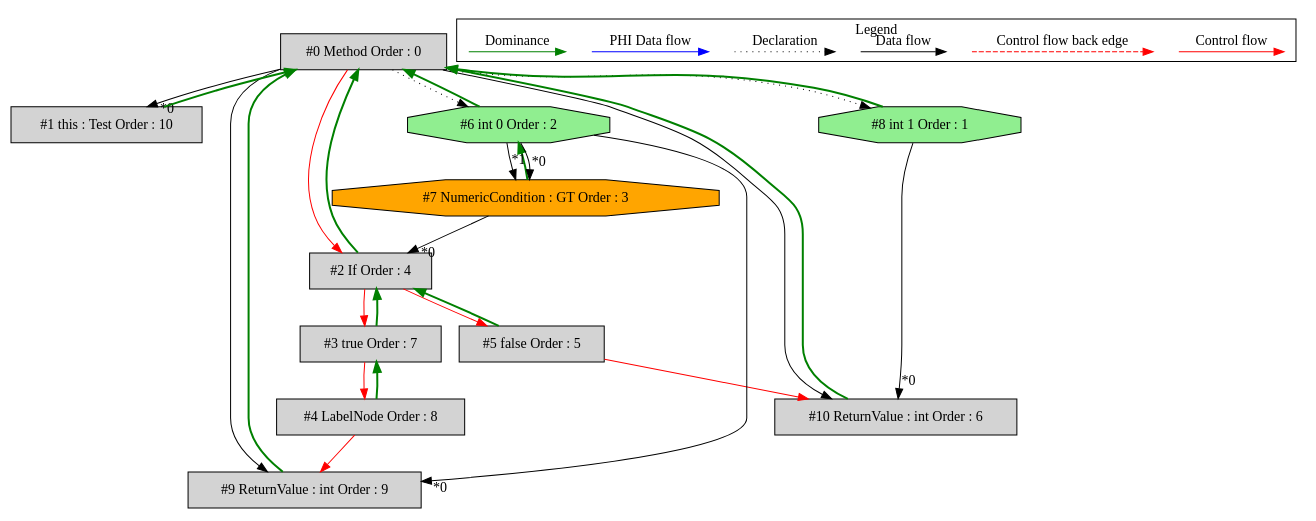
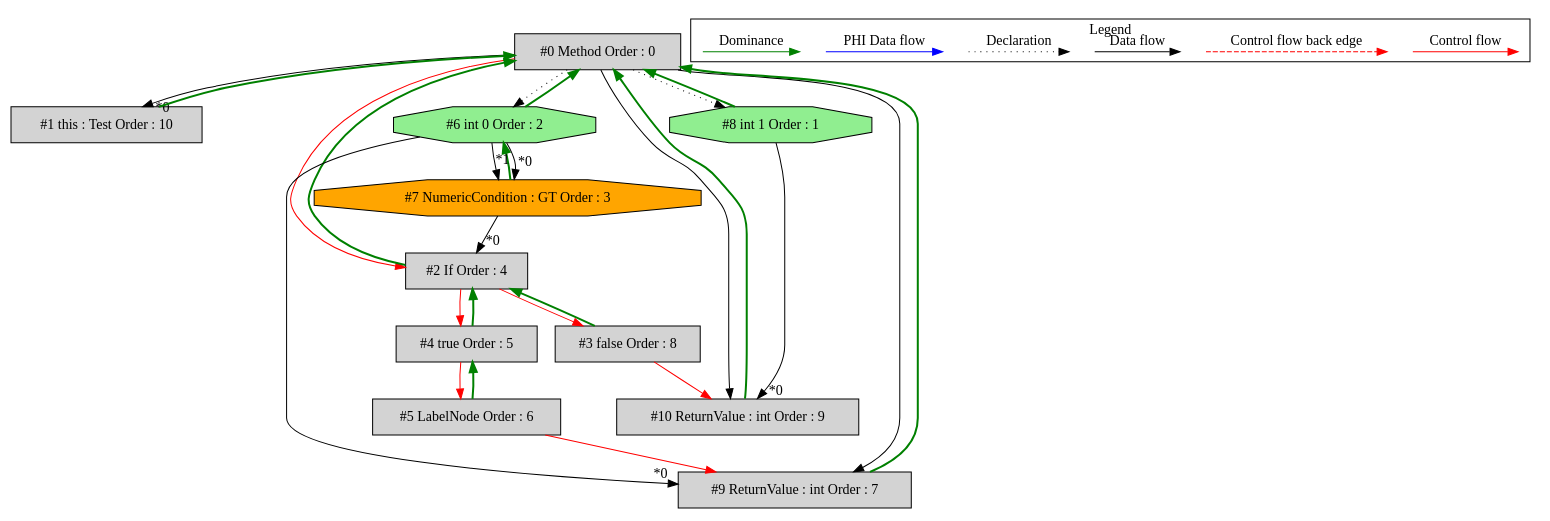
The diagram in de.mirkosertic.metair.ir.OpcodeIFICMPGTTest/test_IF_ICMPGT/ir_dominatortree.dot (mirkosertic/MetaIR), drawn with Graphviz before and after one commit. The commit also changed 571 other files, not shown here.

```diff
--- a/de.mirkosertic.metair.ir.OpcodeIFICMPGTTest/test_IF_ICMPGT/ir_dominatortree.dot
+++ b/de.mirkosertic.metair.ir.OpcodeIFICMPGTTest/test_IF_ICMPGT/ir_dominatortree.dot
@@ -1,65 +1,65 @@
 digraph debugoutput {
  node0[label="#0 Method Order : 0",shape=box, fillcolor=lightgrey, style=filled];
  node1[label="#1 this : Test Order : 10",shape=box, fillcolor=lightgrey, style=filled];
  node1 -> node0[dir="forward" color="green" penwidth="2"];
  node0 -> node1[headlabel="*0", labeldistance=2];
  node2[label="#2 If Order : 4",shape=box, fillcolor=lightgrey, style=filled];
  node2 -> node0[dir="forward" color="green" penwidth="2"];
  node7 -> node2[headlabel="*0", labeldistance=2];
  node0 -> node2[labeldistance=2, color=red, fontcolor=red];
- node3[label="#3 true Order : 7",shape=box, fillcolor=lightgrey, style=filled];
+ node3[label="#3 false Order : 8",shape=box, fillcolor=lightgrey, style=filled];
  node3 -> node2[dir="forward" color="green" penwidth="2"];
  node2 -> node3[labeldistance=2, color=red, fontcolor=red];
- node4[label="#4 LabelNode Order : 8",shape=box, fillcolor=lightgrey, style=filled];
- node4 -> node3[dir="forward" color="green" penwidth="2"];
- node3 -> node4[labeldistance=2, color=red, fontcolor=red];
- node5[label="#5 false Order : 5",shape=box, fillcolor=lightgrey, style=filled];
- node5 -> node2[dir="forward" color="green" penwidth="2"];
- node2 -> node5[labeldistance=2, color=red, fontcolor=red];
+ node4[label="#4 true Order : 5",shape=box, fillcolor=lightgrey, style=filled];
+ node4 -> node2[dir="forward" color="green" penwidth="2"];
+ node2 -> node4[labeldistance=2, color=red, fontcolor=red];
+ node5[label="#5 LabelNode Order : 6",shape=box, fillcolor=lightgrey, style=filled];
+ node5 -> node4[dir="forward" color="green" penwidth="2"];
+ node4 -> node5[labeldistance=2, color=red, fontcolor=red];
  node6[label="#6 int 0 Order : 2",shape=octagon, fillcolor=lightgreen, style=filled];
  node6 -> node0[dir="forward" color="green" penwidth="2"];
  node0 -> node6[style=dotted];
  node7[label="#7 NumericCondition : GT Order : 3",shape=octagon, fillcolor=orange, style=filled];
  node7 -> node6[dir="forward" color="green" penwidth="2"];
  node6 -> node7[headlabel="*0", labeldistance=2];
  node6 -> node7[headlabel="*1", labeldistance=2];
  node8[label="#8 int 1 Order : 1",shape=octagon, fillcolor=lightgreen, style=filled];
  node8 -> node0[dir="forward" color="green" penwidth="2"];
  node0 -> node8[style=dotted];
- node9[label="#9 ReturnValue : int Order : 9",shape=box, fillcolor=lightgrey, style=filled];
+ node9[label="#9 ReturnValue : int Order : 7",shape=box, fillcolor=lightgrey, style=filled];
  node9 -> node0[dir="forward" color="green" penwidth="2"];
  node6 -> node9[headlabel="*0", labeldistance=2];
- node4 -> node9[labeldistance=2, color=red, fontcolor=red];
+ node5 -> node9[labeldistance=2, color=red, fontcolor=red];
  node0 -> node9;
- node10[label="#10 ReturnValue : int Order : 6",shape=box, fillcolor=lightgrey, style=filled];
+ node10[label="#10 ReturnValue : int Order : 9",shape=box, fillcolor=lightgrey, style=filled];
  node10 -> node0[dir="forward" color="green" penwidth="2"];
  node8 -> node10[headlabel="*0", labeldistance=2];
- node5 -> node10[labeldistance=2, color=red, fontcolor=red];
+ node3 -> node10[labeldistance=2, color=red, fontcolor=red];
  node0 -> node10;
  subgraph cluster_000 {
   label = "Legend";
   node [shape=point]
   {
    rank=same;
    c0 [style = invis];
    c1 [style = invis];
    c2 [style = invis];
    c3 [style = invis];
    d0 [style = invis];
    d1 [style = invis];
    d2 [style = invis];
    d3 [style = invis];
    d4 [style = invis];
    d5 [style = invis];
    d6 [style = invis];
    d7 [style = invis];
   }
   c0 -> c1 [label="Control flow", style=solid, color=red]
   c2 -> c3 [label="Control flow back edge", style=dashed, color=red]
   d0 -> d1 [label="Data flow"]
   d2 -> d3 [label="Declaration", style=dotted]
   d4 -> d5 [label="PHI Data flow", color=blue]
   d6 -> d7 [label="Dominance", color=green]
  }
 
 }
```
